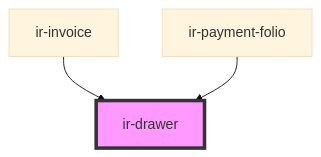
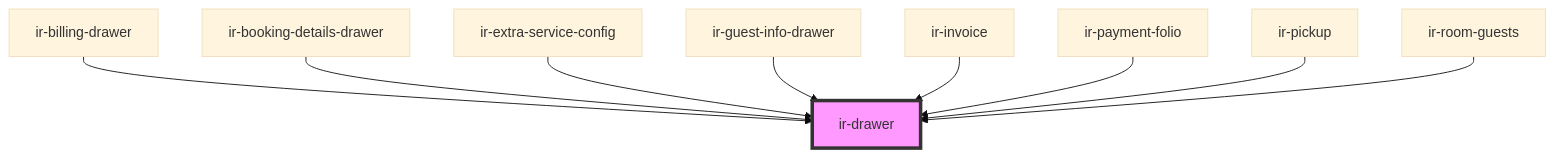
Before and after one commit to RonyRizk/ir-webcmp: the diagram in src/components/ir-drawer/readme.md, drawn with Mermaid (base theme). The commit also changed other lines of this file and 433 other files, not shown here.

````diff
--- a/src/components/ir-drawer/readme.md
+++ b/src/components/ir-drawer/readme.md
@@ -35,6 +41,12 @@
 ```mermaid
 graph TD;
+  ir-billing-drawer --> ir-drawer
+  ir-booking-details-drawer --> ir-drawer
+  ir-extra-service-config --> ir-drawer
+  ir-guest-info-drawer --> ir-drawer
   ir-invoice --> ir-drawer
   ir-payment-folio --> ir-drawer
+  ir-pickup --> ir-drawer
+  ir-room-guests --> ir-drawer
   style ir-drawer fill:#f9f,stroke:#333,stroke-width:4px
 ```
````
